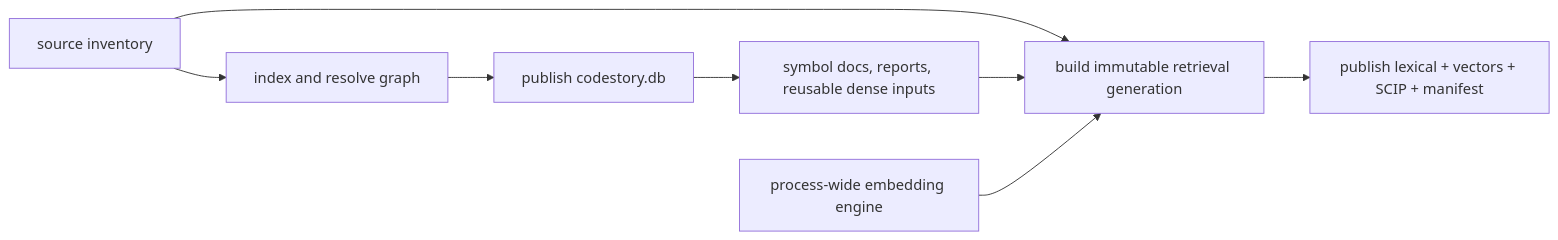
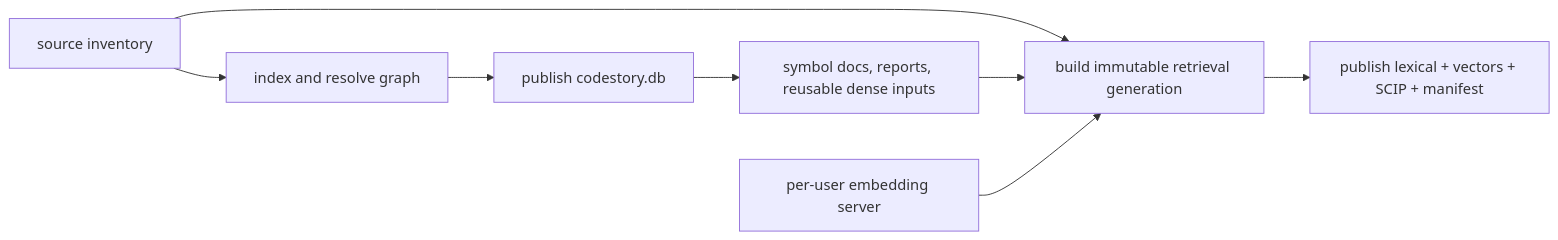
The second of 3 diagrams in docs/architecture/indexing-pipeline.md (TheGreenCedar/CodeStory), drawn with Mermaid before and after one commit. The commit also changed 88 other files, not shown here.

First line of the commit message:
[codex] run one per-user embedding server across CodeStory processes (#1235)

````diff
--- a/docs/architecture/indexing-pipeline.md
+++ b/docs/architecture/indexing-pipeline.md
@@ -54,10 +54,10 @@
 ```mermaid
 flowchart LR
     Files["source inventory"] --> CoreBuild["index and resolve graph"]
     CoreBuild --> Core["publish codestory.db"]
     Core --> Inputs["symbol docs, reports, reusable dense inputs"]
     Files --> RetrievalBuild["build immutable retrieval generation"]
     Inputs --> RetrievalBuild
-    Engine["process-wide embedding engine"] --> RetrievalBuild
+    Engine["per-user embedding server"] --> RetrievalBuild
     RetrievalBuild --> Retrieval["publish lexical + vectors + SCIP + manifest"]
 ```
````
